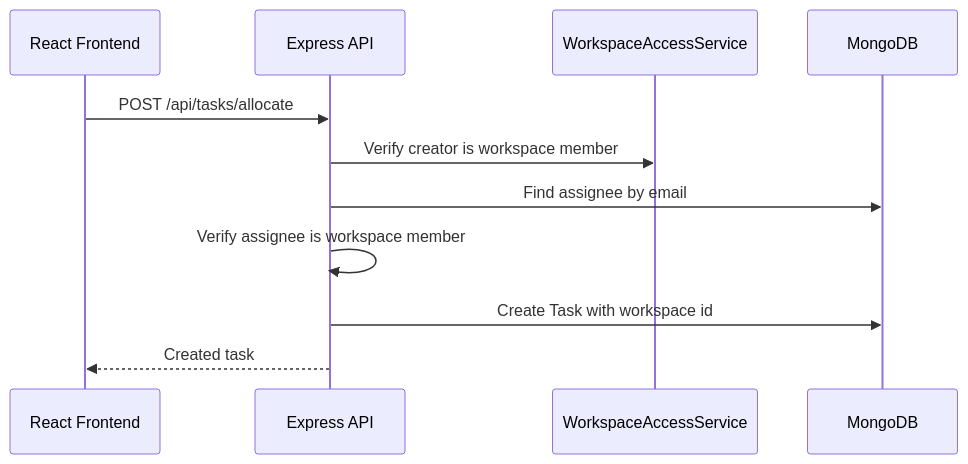
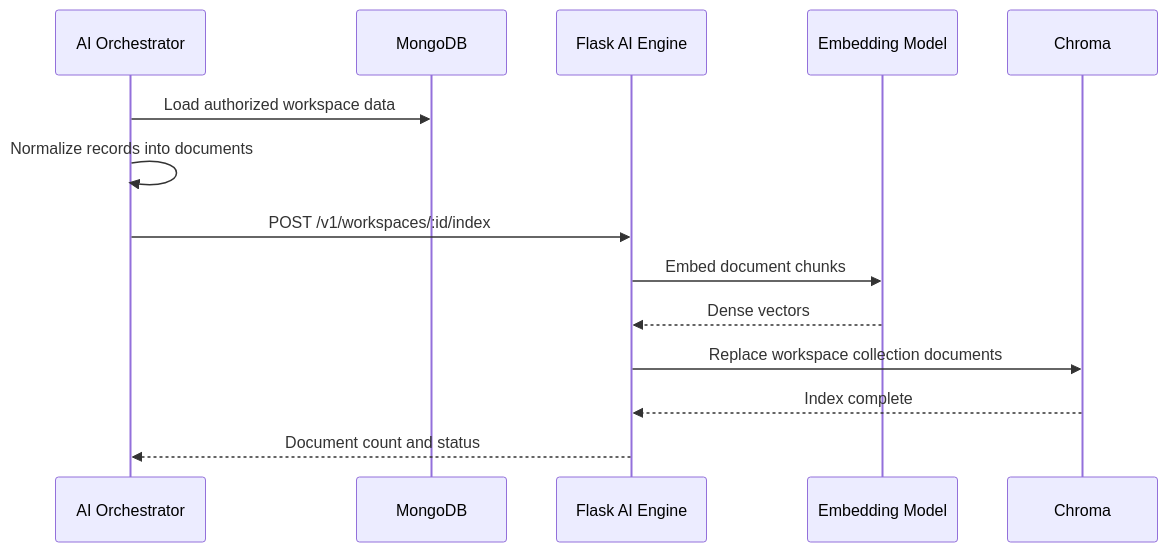
One commit to Akshanshkaushal/ComConnect changed the fourth of 8 diagrams in docs/architecture-guide.md. Above: the diagram before and after it, drawn with Mermaid. The commit also changed other lines of this file and 86 other files, not shown here.

Commit message:
ui and architecture changes

````diff
--- a/docs/architecture-guide.md
+++ b/docs/architecture-guide.md
@@ -151,14 +183,17 @@
 ```mermaid
 sequenceDiagram
-  participant FE as React Frontend
-  participant API as Express API
-  participant W as WorkspaceAccessService
+  participant O as AI Orchestrator
   participant DB as MongoDB
+  participant F as Flask AI Engine
+  participant E as Embedding Model
+  participant V as Chroma
 
-  FE->>API: POST /api/tasks/allocate
-  API->>W: Verify creator is workspace member
-  API->>DB: Find assignee by email
-  API->>API: Verify assignee is workspace member
-  API->>DB: Create Task with workspace id
-  API-->>FE: Created task
+  O->>DB: Load authorized workspace data
+  O->>O: Normalize records into documents
+  O->>F: POST /v1/workspaces/:id/index
+  F->>E: Embed document chunks
+  E-->>F: Dense vectors
+  F->>V: Replace workspace collection documents
+  V-->>F: Index complete
+  F-->>O: Document count and status
 ```
````
